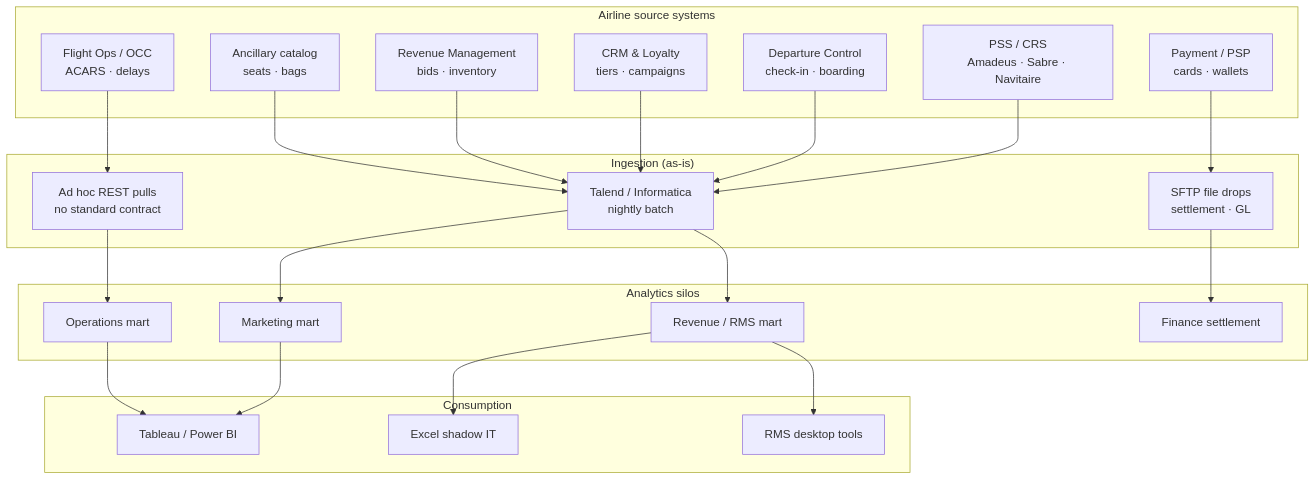
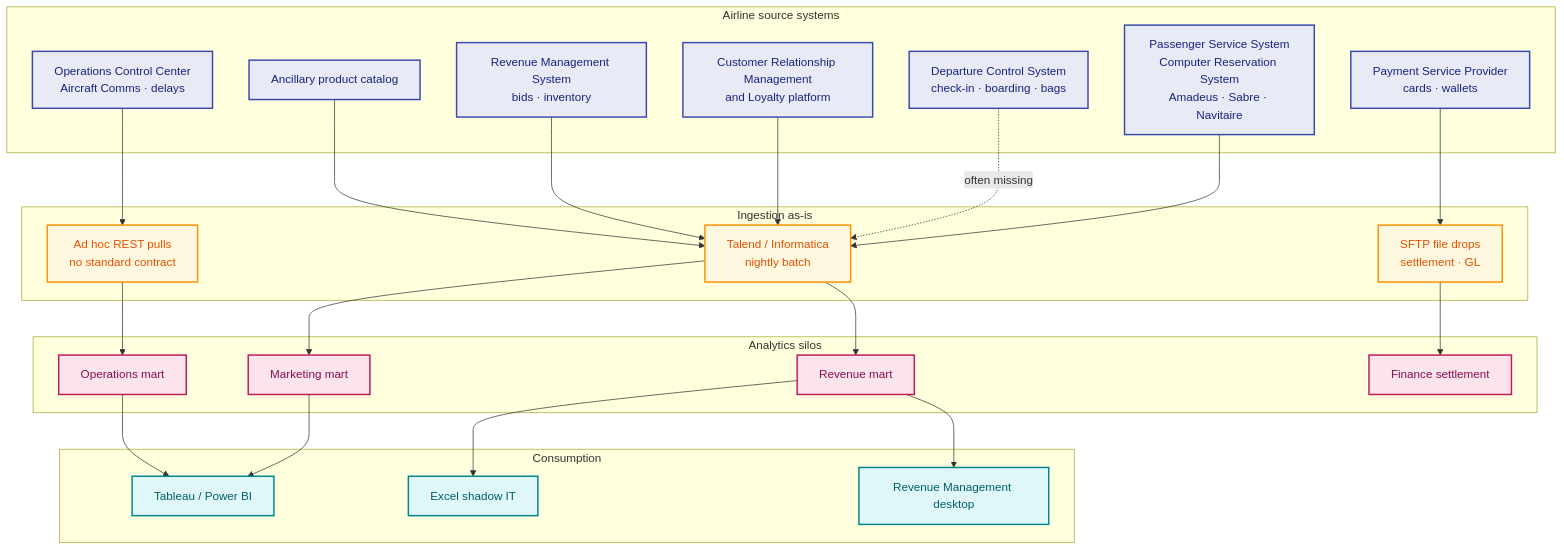
One commit to willtran112358/airline-domain-data-platform changed the diagram in docs/02-as-is-architecture.md. Above: the diagram before and after it, drawn with Mermaid. The commit also changed other lines of this file and 6 other files, not shown here.

First line of the commit message:
Fix Mermaid render errors and improve diagram visuals

````diff
--- a/docs/02-as-is-architecture.md
+++ b/docs/02-as-is-architecture.md
@@ -9,47 +11,52 @@
 ```mermaid
 flowchart TB
+    classDef source fill:#e8eaf6,stroke:#3949ab,stroke-width:2px,color:#1a237e
+    classDef ingest fill:#fff8e1,stroke:#ff8f00,stroke-width:2px,color:#e65100
+    classDef store fill:#fce4ec,stroke:#c2185b,stroke-width:2px,color:#880e4f
+    classDef bi fill:#e0f7fa,stroke:#00838f,stroke-width:2px,color:#006064
+
     subgraph sources["Airline source systems"]
-        PSS["PSS / CRS<br/>Amadeus · Sabre · Navitaire"]
-        DCS["Departure Control<br/>check-in · boarding"]
-        PAY["Payment / PSP<br/>cards · wallets"]
-        CRM["CRM & Loyalty<br/>tiers · campaigns"]
-        RMS["Revenue Management<br/>bids · inventory"]
-        OPS["Flight Ops / OCC<br/>ACARS · delays"]
-        ANC["Ancillary catalog<br/>seats · bags"]
+        PSS["Passenger Service System<br/>Computer Reservation System<br/>Amadeus · Sabre · Navitaire"]:::source
+        DCS["Departure Control System<br/>check-in · boarding · bags"]:::source
+        PAY["Payment Service Provider<br/>cards · wallets"]:::source
+        CRM["Customer Relationship Management<br/>and Loyalty platform"]:::source
+        RMS["Revenue Management System<br/>bids · inventory"]:::source
+        OPS["Operations Control Center<br/>Aircraft Comms · delays"]:::source
+        ANC["Ancillary product catalog"]:::source
     end
 
-    subgraph ingest["Ingestion (as-is)"]
-        ETL0["Talend / Informatica<br/>nightly batch"]
-        SFTP["SFTP file drops<br/>settlement · GL"]
-        API0["Ad hoc REST pulls<br/>no standard contract"]
+    subgraph ingest["Ingestion as-is"]
+        ETL0["Talend / Informatica<br/>nightly batch"]:::ingest
+        SFTP["SFTP file drops<br/>settlement · GL"]:::ingest
+        API0["Ad hoc REST pulls<br/>no standard contract"]:::ingest
     end
 
     subgraph store["Analytics silos"]
-        MKT_M["Marketing mart"]
-        REV_M["Revenue / RMS mart"]
-        OPS_M["Operations mart"]
-        FIN_M["Finance settlement"]
+        MKT_M["Marketing mart"]:::store
+        REV_M["Revenue mart"]:::store
+        OPS_M["Operations mart"]:::store
+        FIN_M["Finance settlement"]:::store
     end
 
     subgraph bi["Consumption"]
-        TAB["Tableau / Power BI"]
-        XLS["Excel shadow IT"]
-        RMS_UI["RMS desktop tools"]
+        TAB["Tableau / Power BI"]:::bi
+        XLS["Excel shadow IT"]:::bi
+        RMS_UI["Revenue Management desktop"]:::bi
     end
 
     PSS --> ETL0
-    DCS --> ETL0
+    DCS -.->|"often missing"| ETL0
     PAY --> SFTP
     CRM --> ETL0
     RMS --> ETL0
     OPS --> API0
     ANC --> ETL0
     ETL0 --> MKT_M
     ETL0 --> REV_M
     SFTP --> FIN_M
     API0 --> OPS_M
     MKT_M --> TAB
     REV_M --> RMS_UI
     OPS_M --> TAB
     REV_M --> XLS
 ```
````
